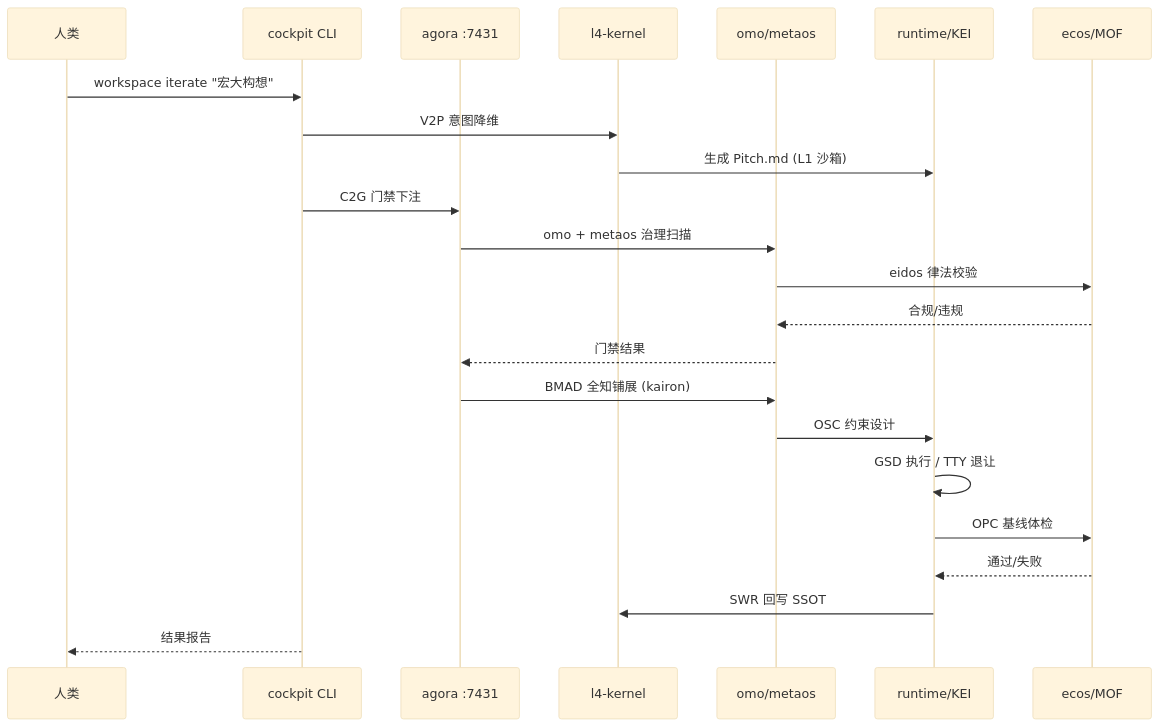
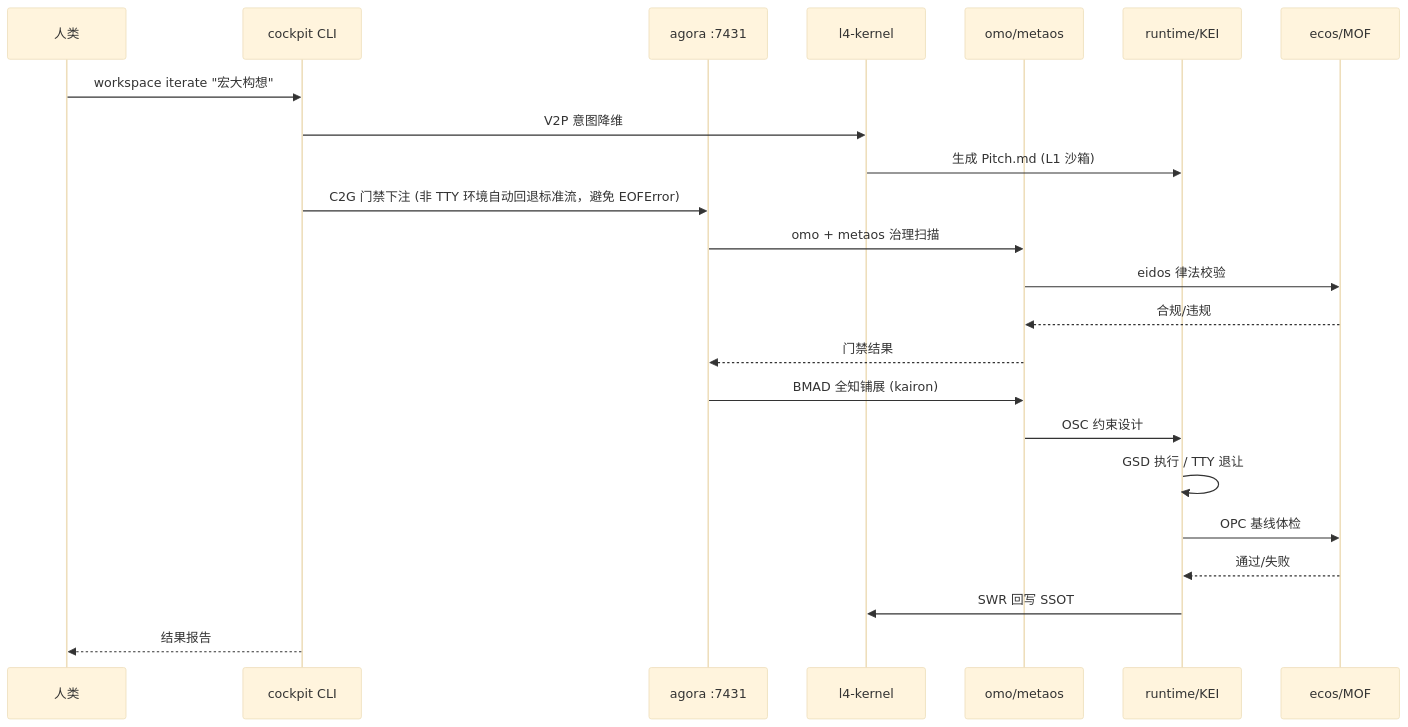
One commit to starlink-awaken/omostation changed the third of 4 diagrams in docs/ARCHITECTURE-DIAGRAM.md. Above: the diagram before and after it, drawn with Mermaid (base theme). The commit also changed 7 other files, not shown here.

````diff
--- a/docs/ARCHITECTURE-DIAGRAM.md
+++ b/docs/ARCHITECTURE-DIAGRAM.md
@@ -152,26 +152,26 @@
 ```mermaid
 sequenceDiagram
     participant U as 人类
     participant C as cockpit CLI
     participant A as agora :7431
     participant L4 as l4-kernel
     participant L2 as omo/metaos
     participant L1 as runtime/KEI
     participant L0 as ecos/MOF
 
     U->>C: workspace iterate "宏大构想"
     C->>L4: V2P 意图降维
     L4->>L1: 生成 Pitch.md (L1 沙箱)
-    C->>A: C2G 门禁下注
+    C->>A: C2G 门禁下注 (非 TTY 环境自动回退标准流，避免 EOFError)
     A->>L2: omo + metaos 治理扫描
     L2->>L0: eidos 律法校验
     L0-->>L2: 合规/违规
     L2-->>A: 门禁结果
     A->>L2: BMAD 全知铺展 (kairon)
     L2->>L1: OSC 约束设计
     L1->>L1: GSD 执行 / TTY 退让
     L1->>L0: OPC 基线体检
     L0-->>L1: 通过/失败
     L1->>L4: SWR 回写 SSOT
     C-->>U: 结果报告
 ```
````
